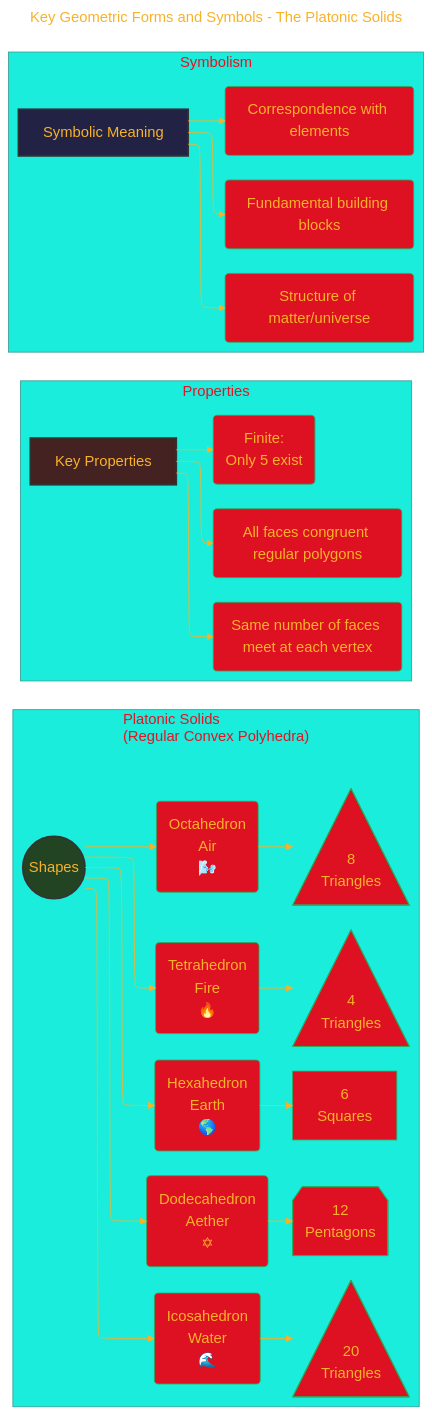
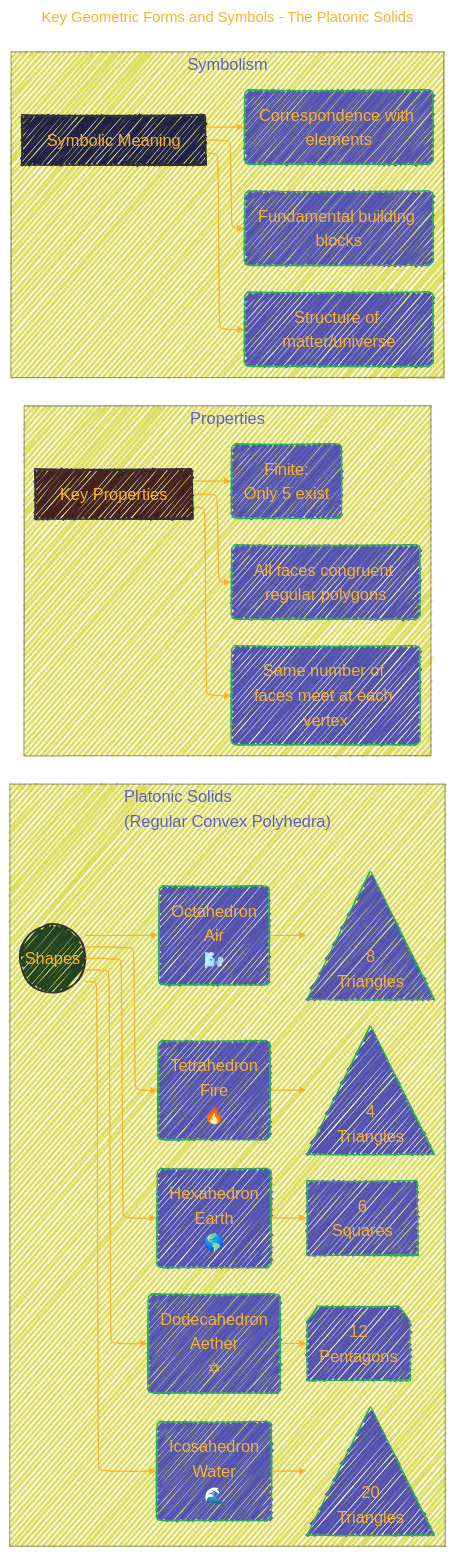
The third of 7 diagrams in Understanding_Sacred_Geometry.md (CongLeSolutionX/Harmonic_Atomica), drawn with Mermaid before and after one commit. The commit also changed other lines of this file, not shown here.

````diff
--- a/Understanding_Sacred_Geometry.md
+++ b/Understanding_Sacred_Geometry.md
@@ -171,72 +173,74 @@
 ```mermaid
 ---
 title: "Key Geometric Forms and Symbols - The Platonic Solids"
 author: "Cong Le"
 version: "1.0"
-license(s): "MIT, CC BY 4.0"
+license(s): "MIT, CC BY-SA 4.0"
 copyright: "Copyright (c) 2025 Cong Le. All Rights Reserved."
 config:
   layout: elk
   theme: base
+  look: handDrawn
 ---
 %%%%%%%% Mermaid version v11.4.1-b.14
 %%%%%%%% Available curve styles include the following keywords:
 %% basis, bumpX, bumpY, cardinal, catmullRom, linear, monotoneX, monotoneY, natural, step, stepAfter, stepBefore.
 %%{
   init: {
-    'flowchart': { 'htmlLabels': false, 'curve': 'basis' },
-    'fontFamily': 'Luminari',
+    'flowchart': { 'htmlLabels': true, 'curve': 'basis' },
+    'fontFamily': 'American Typewriter, monospace',
+    'logLevel': 'fatal',
     'themeVariables': {
-      'primaryColor': '#D12',
+      'primaryColor': '#22BB',
       'primaryTextColor': '#F8B229',
       'lineColor': '#F8B229',
       'primaryBorderColor': '#27AE60',
-      'secondaryColor': '#DE2F',
+      'secondaryColor': '#E2F1',
       'secondaryTextColor': '#6C3483',
       'secondaryBorderColor': '#A569BD',
-      'fontSize': '18px'
+      'fontSize': '20px'
     }
   }
 }%%
 flowchart LR
     subgraph Platonic_Solids["Platonic Solids<br/>(Regular Convex Polyhedra)"]
         PS(("Shapes")) --> T("Tetrahedron <br/>Fire<br/>🔥")
         T --> T_Expansion
         T_Expansion@{ shape: tri, label: "4<br/>Triangles" }
 
 
         PS --> H("Hexahedron <br/>Earth<br/>🌎")
         H --> H_Expansion
         H_Expansion["6<br/>Squares"]
         
         PS --> O("Octahedron<br/> Air<br/>🌬️")
         O --> O_Expansion
         O_Expansion@{ shape: tri, label: "8<br/>Triangles" }
         
         PS --> D("Dodecahedron <br/> Aether<br/>✡")
 		D --> D_Expansion
 		D_Expansion@{ shape: notch-pent, label: "12<br/>Pentagons" }
         
         PS --> I("Icosahedron<br/> Water<br/>🌊")
 		I --> I_Expansion
         I_Expansion@{ shape: tri, label: "20<br/>Triangles" }
 
 
 
     end
     subgraph Properties["Properties"]
         Prop["Key Properties"] --> Prop1("All faces congruent regular polygons")
         Prop --> Prop2("Same number of faces meet at each vertex")
         Prop --> Prop3("Finite:<br/> Only 5 exist")
     end
     subgraph Symbolism["Symbolism"]
         Sym["Symbolic Meaning"] --> Sym1("Fundamental building blocks")
         Sym --> Sym2("Structure of matter/universe")
         Sym --> Sym3("Correspondence with elements")
     end
 
     style PS fill:#242,stroke:#333,stroke-width:2px
     style Prop fill:#422,stroke:#333,stroke-width:2px
     style Sym fill:#224,stroke:#333,stroke-width:2px
     
 ```
````
